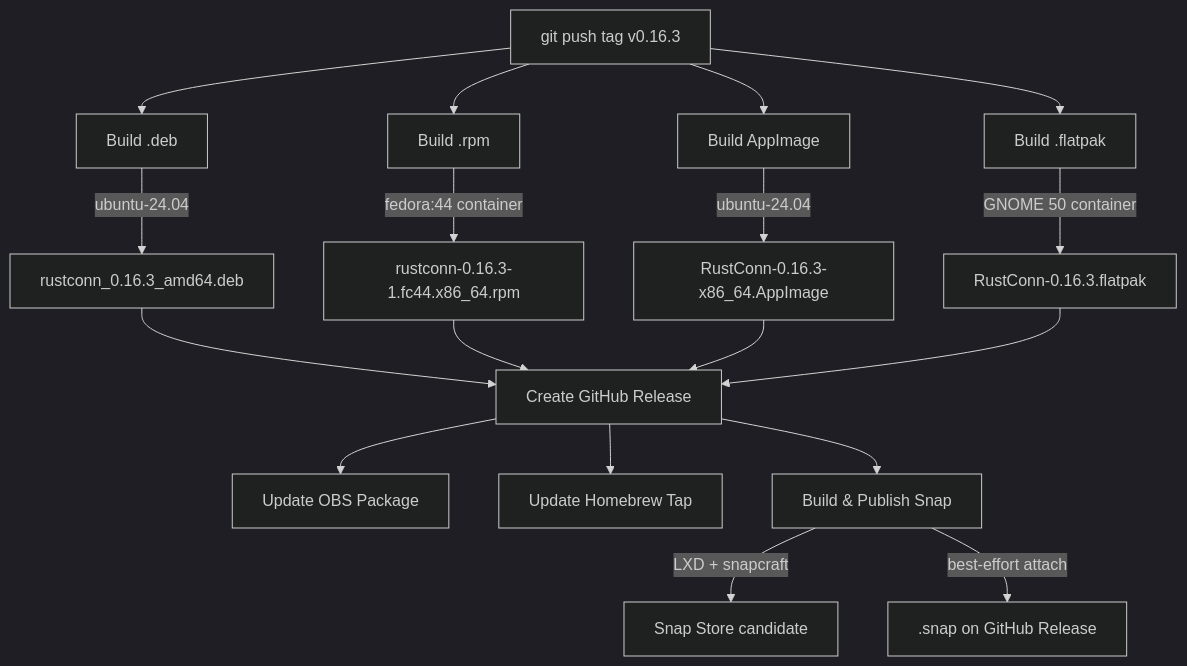
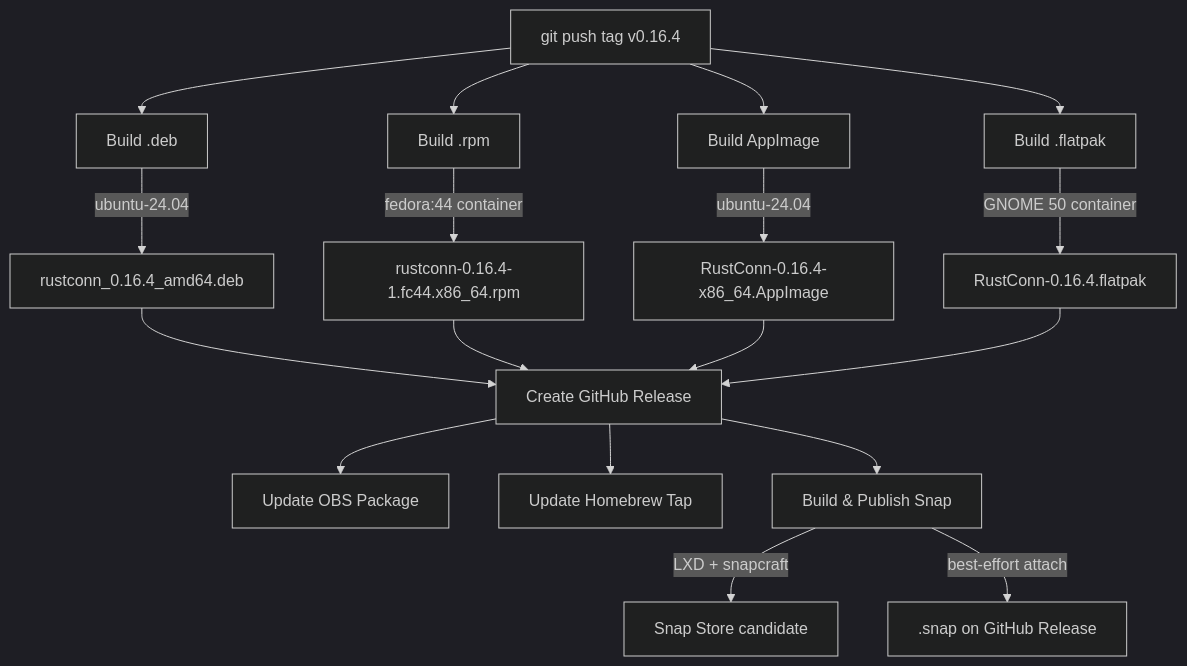
One commit to shanecaf/RustConn changed the third of 6 diagrams in docs/CI_BUILD_FLOW.md. Above: the diagram before and after it, drawn with Mermaid (dark theme). The commit also changed other lines of this file and 25 other files, not shown here.

````diff
--- a/docs/CI_BUILD_FLOW.md
+++ b/docs/CI_BUILD_FLOW.md
@@ -67,23 +67,23 @@
 ```mermaid
 graph TD
-    Tag[git push tag v0.16.3] --> BuildDeb[Build .deb]
+    Tag[git push tag v0.16.4] --> BuildDeb[Build .deb]
     Tag --> BuildRPM[Build .rpm]
     Tag --> BuildAppImage[Build AppImage]
     Tag --> BuildFlatpak[Build .flatpak]
 
-    BuildDeb --> |ubuntu-24.04| DebArtifact[rustconn_0.16.3_amd64.deb]
-    BuildRPM --> |fedora:44 container| RPMArtifact[rustconn-0.16.3-1.fc44.x86_64.rpm]
-    BuildAppImage --> |ubuntu-24.04| AppImageArtifact[RustConn-0.16.3-x86_64.AppImage]
-    BuildFlatpak --> |GNOME 50 container| FlatpakArtifact[RustConn-0.16.3.flatpak]
+    BuildDeb --> |ubuntu-24.04| DebArtifact[rustconn_0.16.4_amd64.deb]
+    BuildRPM --> |fedora:44 container| RPMArtifact[rustconn-0.16.4-1.fc44.x86_64.rpm]
+    BuildAppImage --> |ubuntu-24.04| AppImageArtifact[RustConn-0.16.4-x86_64.AppImage]
+    BuildFlatpak --> |GNOME 50 container| FlatpakArtifact[RustConn-0.16.4.flatpak]
 
     DebArtifact --> Release[Create GitHub Release]
     RPMArtifact --> Release
     AppImageArtifact --> Release
     FlatpakArtifact --> Release
 
     Release --> UpdateOBS[Update OBS Package]
     Release --> Brew[Update Homebrew Tap]
     Release --> BuildSnap[Build & Publish Snap]
     BuildSnap --> |LXD + snapcraft| SnapStore[Snap Store candidate]
     BuildSnap --> |best-effort attach| SnapAsset[.snap on GitHub Release]
 ```
````
